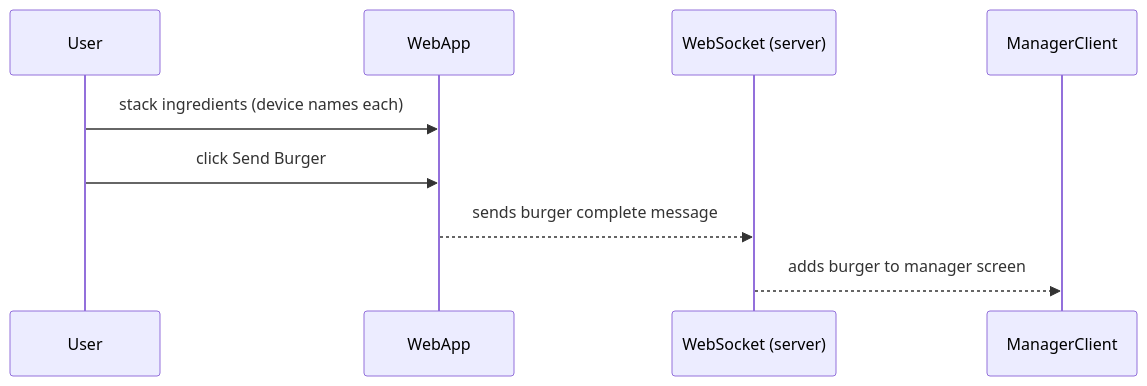
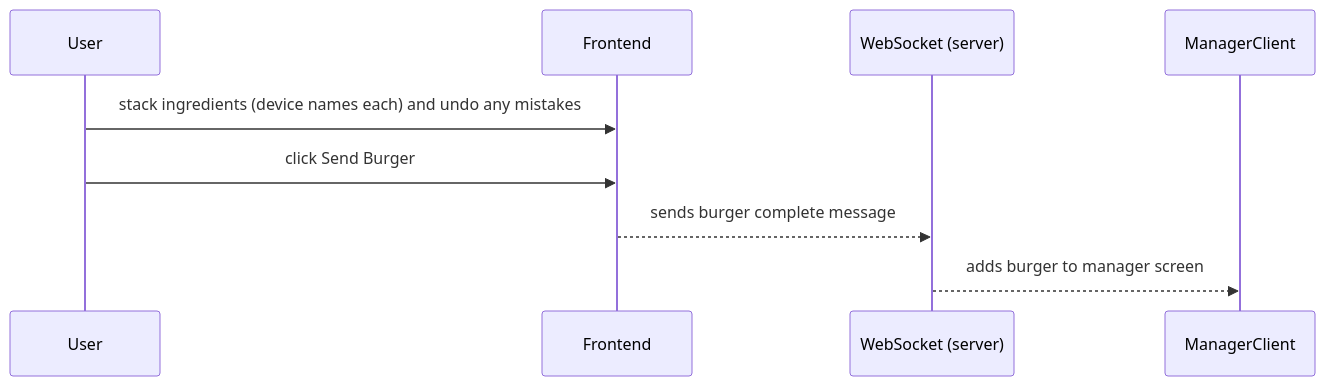
One commit to Capstone-Projects-2025-Spring/aac-go-fish changed diagram 13 of 19 in documentation/docs/system-architecture/use-case-sequences.md. Above: the diagram before and after it, drawn with Mermaid. The commit also changed other lines of this file and 2 other files, not shown here.

````diff
--- a/documentation/docs/system-architecture/use-case-sequences.md
+++ b/documentation/docs/system-architecture/use-case-sequences.md
@@ -215,12 +215,12 @@
 ```mermaid
 sequenceDiagram
     participant BurgerCook as User
-    participant WebApp
+    participant Frontend
     participant WS as WebSocket (server)
     participant ManagerClient
 
-    BurgerCook->>WebApp: stack ingredients (device names each)
-    BurgerCook->>WebApp: click Send Burger
-    WebApp-->>WS: sends burger complete message
+    BurgerCook->>Frontend: stack ingredients (device names each) and undo any mistakes
+    BurgerCook->>Frontend: click Send Burger
+    Frontend-->>WS: sends burger complete message
     WS-->>ManagerClient: adds burger to manager screen
 ```
````
